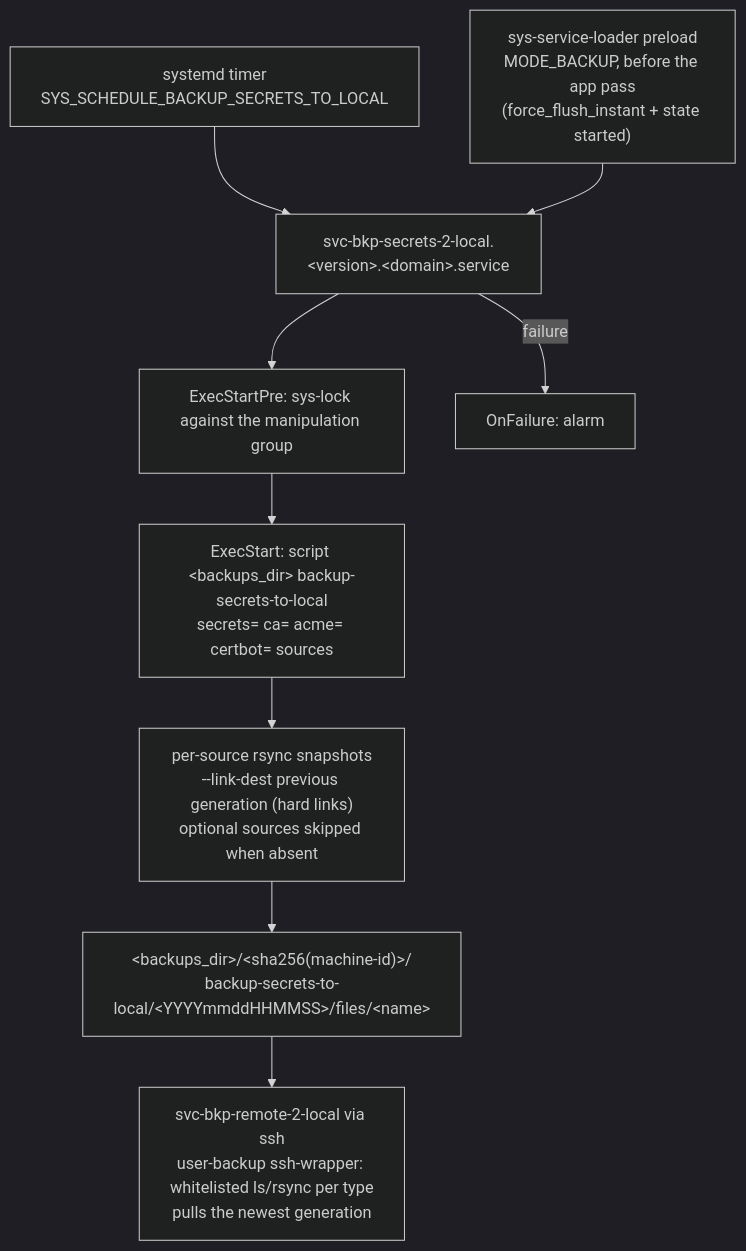
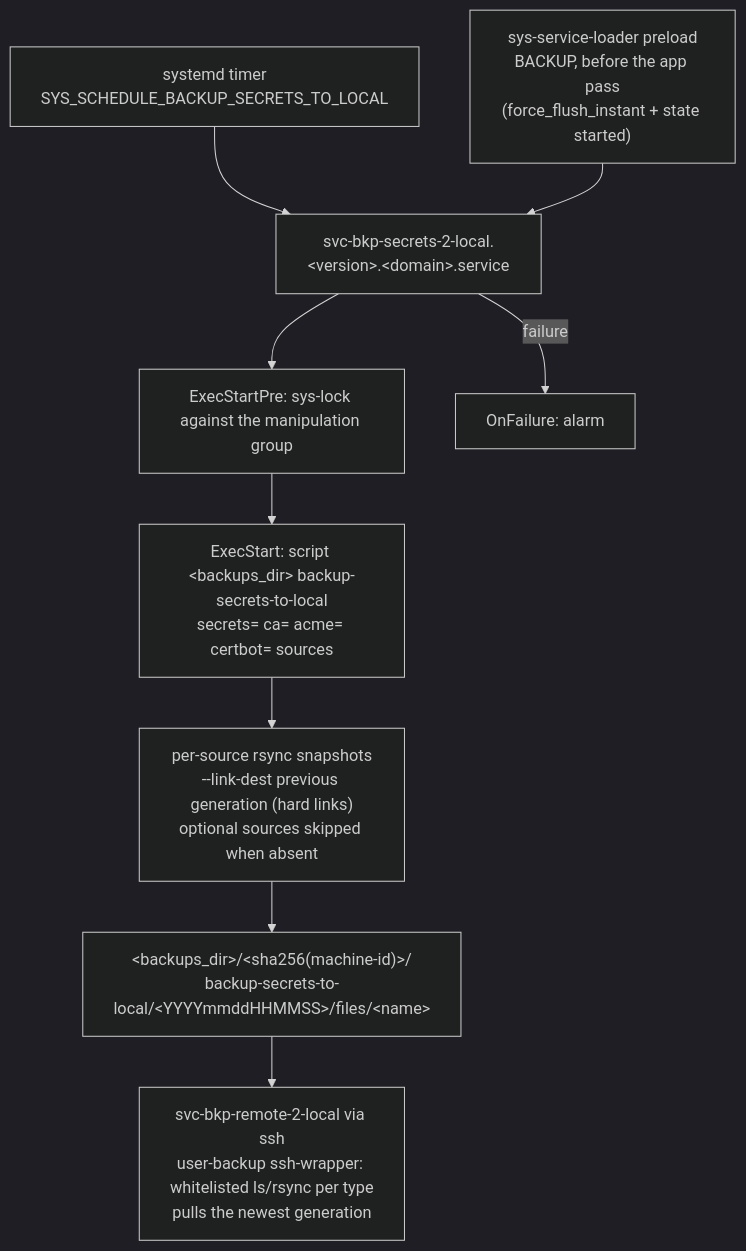
One commit to infinito-nexus/core changed the diagram in roles/svc-bkp-secrets-2-local/README.md. Above: the diagram before and after it, drawn with Mermaid (dark theme). The commit also changed 220 other files, not shown here.

````diff
--- a/roles/svc-bkp-secrets-2-local/README.md
+++ b/roles/svc-bkp-secrets-2-local/README.md
@@ -25,11 +25,11 @@
 ```mermaid
 flowchart TD
     TIMER["systemd timer<br>SYS_SCHEDULE_BACKUP_SECRETS_TO_LOCAL"] --> UNIT
-    PRELOAD["sys-service-loader preload<br>MODE_BACKUP, before the app pass<br>(force_flush_instant + state started)"] --> UNIT
+    PRELOAD["sys-service-loader preload<br>BACKUP, before the app pass<br>(force_flush_instant + state started)"] --> UNIT
     UNIT["svc-bkp-secrets-2-local.&lt;version&gt;.&lt;domain&gt;.service"] --> LOCK["ExecStartPre: sys-lock against the manipulation group"]
     LOCK --> SCRIPT["ExecStart: script &lt;backups_dir&gt; backup-secrets-to-local<br>secrets= ca= acme= certbot= sources"]
     SCRIPT --> SOURCES["per-source rsync snapshots<br>--link-dest previous generation (hard links)<br>optional sources skipped when absent"]
     SOURCES --> TREE["&lt;backups_dir&gt;/&lt;sha256(machine-id)&gt;/<br>backup-secrets-to-local/&lt;YYYYmmddHHMMSS&gt;/files/&lt;name&gt;"]
     UNIT -->|failure| ALARM["OnFailure: alarm"]
     TREE --> PULL["svc-bkp-remote-2-local via ssh<br>user-backup ssh-wrapper: whitelisted ls/rsync per type<br>pulls the newest generation"]
 ```
````
